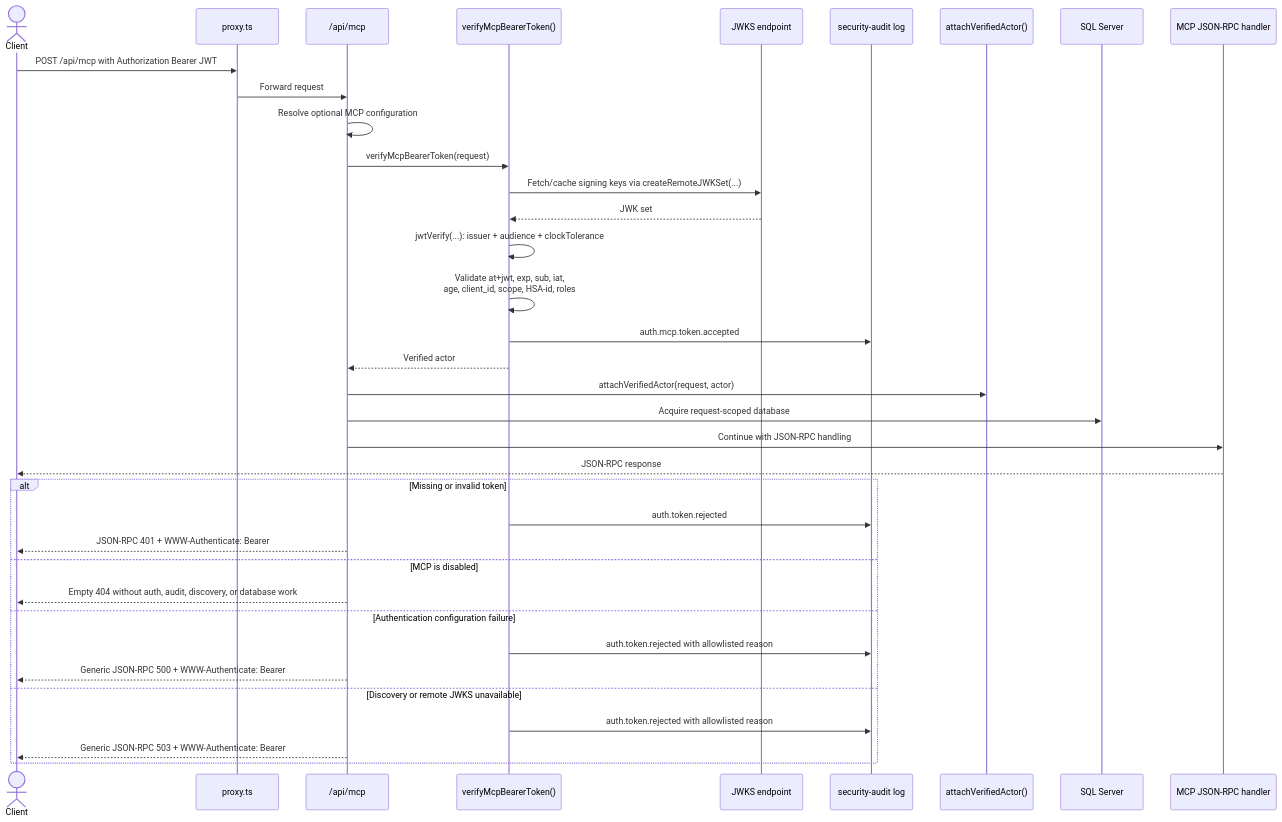
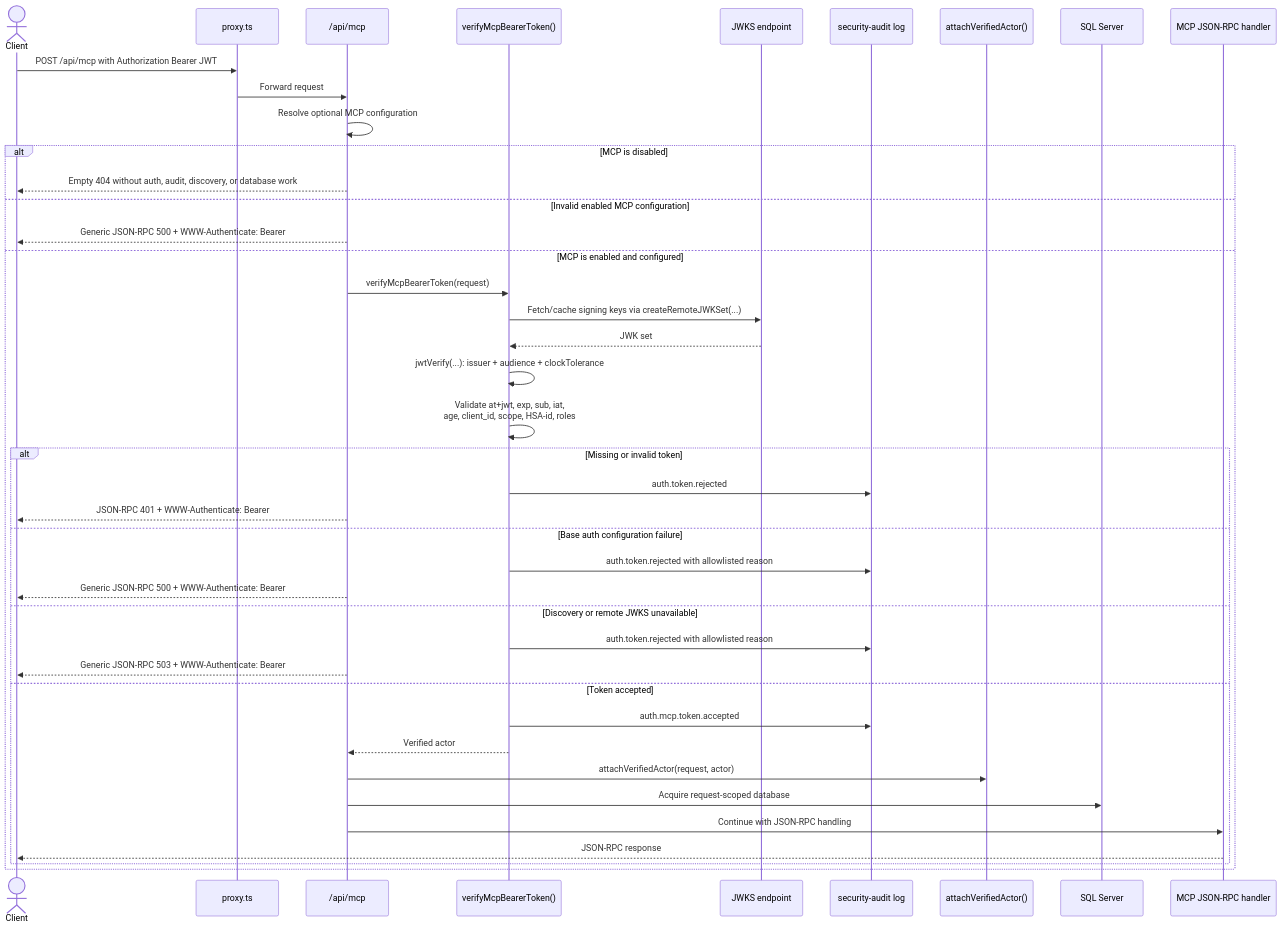
The second of 2 diagrams in docs/security-privacy/auth-how-it-works.md (viscalyx/Kravhantering), drawn with Mermaid before and after one commit. The commit also changed 3 other files, not shown here.

Commit message:
docs: align MCP authentication contracts

````diff
--- a/docs/security-privacy/auth-how-it-works.md
+++ b/docs/security-privacy/auth-how-it-works.md
@@ -175,40 +175,44 @@
 ```mermaid
 sequenceDiagram
     actor Client
     participant Proxy as proxy.ts
     participant Route as /api/mcp
     participant Verify as verifyMcpBearerToken()
     participant JWKS as JWKS endpoint
     participant Audit as security-audit log
     participant Attach as attachVerifiedActor()
     participant DB as SQL Server
     participant Handler as MCP JSON-RPC handler
 
     Client->>Proxy: POST /api/mcp with Authorization Bearer JWT
     Proxy->>Route: Forward request
     Route->>Route: Resolve optional MCP configuration
-    Route->>Verify: verifyMcpBearerToken(request)
-    Verify->>JWKS: Fetch/cache signing keys via createRemoteJWKSet(...)
-    JWKS-->>Verify: JWK set
-    Verify->>Verify: jwtVerify(...): issuer + audience + clockTolerance
-    Verify->>Verify: Validate at+jwt, exp, sub, iat,<br/>age, client_id, scope, HSA-id, roles
-    Verify->>Audit: auth.mcp.token.accepted
-    Verify-->>Route: Verified actor
-    Route->>Attach: attachVerifiedActor(request, actor)
-    Route->>DB: Acquire request-scoped database
-    Route->>Handler: Continue with JSON-RPC handling
-    Handler-->>Client: JSON-RPC response
-
-    alt Missing or invalid token
-        Verify->>Audit: auth.token.rejected
-        Route-->>Client: JSON-RPC 401 + WWW-Authenticate: Bearer
-    else MCP is disabled
+    alt MCP is disabled
         Route-->>Client: Empty 404 without auth, audit, discovery, or database work
-    else Authentication configuration failure
-        Verify->>Audit: auth.token.rejected with allowlisted reason
+    else Invalid enabled MCP configuration
         Route-->>Client: Generic JSON-RPC 500 + WWW-Authenticate: Bearer
-    else Discovery or remote JWKS unavailable
-        Verify->>Audit: auth.token.rejected with allowlisted reason
-        Route-->>Client: Generic JSON-RPC 503 + WWW-Authenticate: Bearer
+    else MCP is enabled and configured
+        Route->>Verify: verifyMcpBearerToken(request)
+        Verify->>JWKS: Fetch/cache signing keys via createRemoteJWKSet(...)
+        JWKS-->>Verify: JWK set
+        Verify->>Verify: jwtVerify(...): issuer + audience + clockTolerance
+        Verify->>Verify: Validate at+jwt, exp, sub, iat,<br/>age, client_id, scope, HSA-id, roles
+        alt Missing or invalid token
+            Verify->>Audit: auth.token.rejected
+            Route-->>Client: JSON-RPC 401 + WWW-Authenticate: Bearer
+        else Base auth configuration failure
+            Verify->>Audit: auth.token.rejected with allowlisted reason
+            Route-->>Client: Generic JSON-RPC 500 + WWW-Authenticate: Bearer
+        else Discovery or remote JWKS unavailable
+            Verify->>Audit: auth.token.rejected with allowlisted reason
+            Route-->>Client: Generic JSON-RPC 503 + WWW-Authenticate: Bearer
+        else Token accepted
+            Verify->>Audit: auth.mcp.token.accepted
+            Verify-->>Route: Verified actor
+            Route->>Attach: attachVerifiedActor(request, actor)
+            Route->>DB: Acquire request-scoped database
+            Route->>Handler: Continue with JSON-RPC handling
+            Handler-->>Client: JSON-RPC response
+        end
     end
 ```
````
